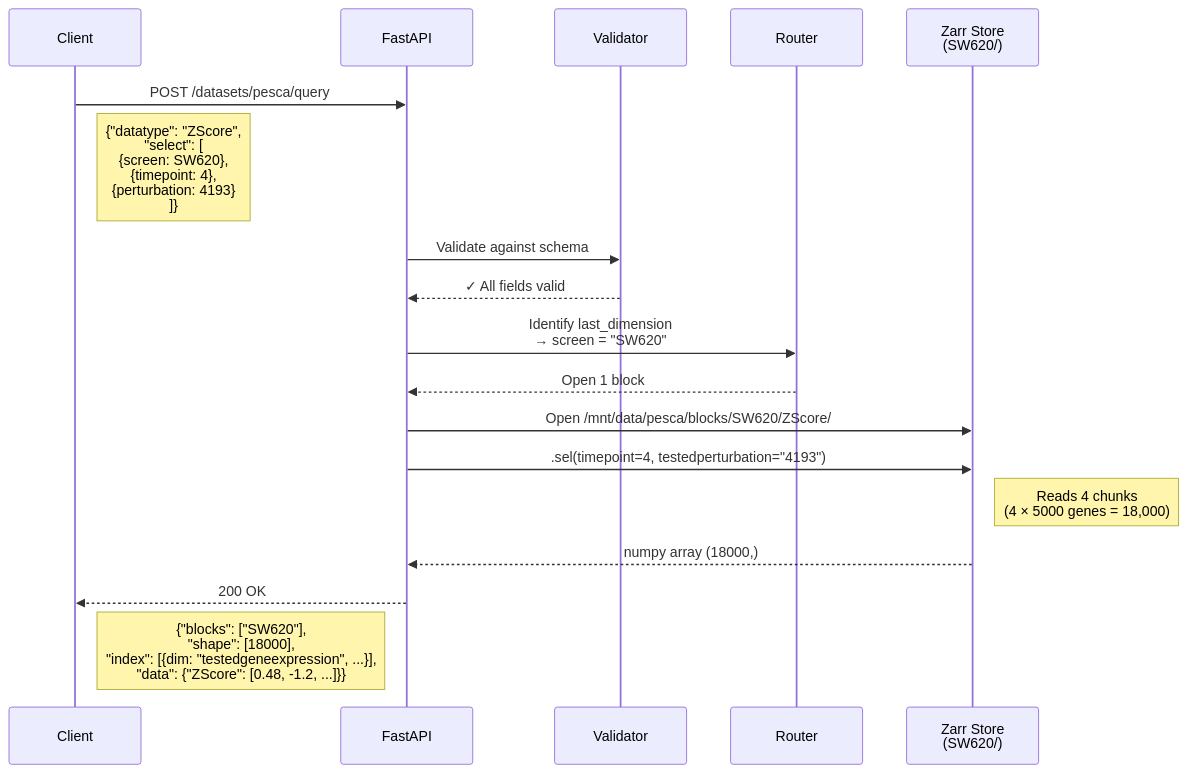
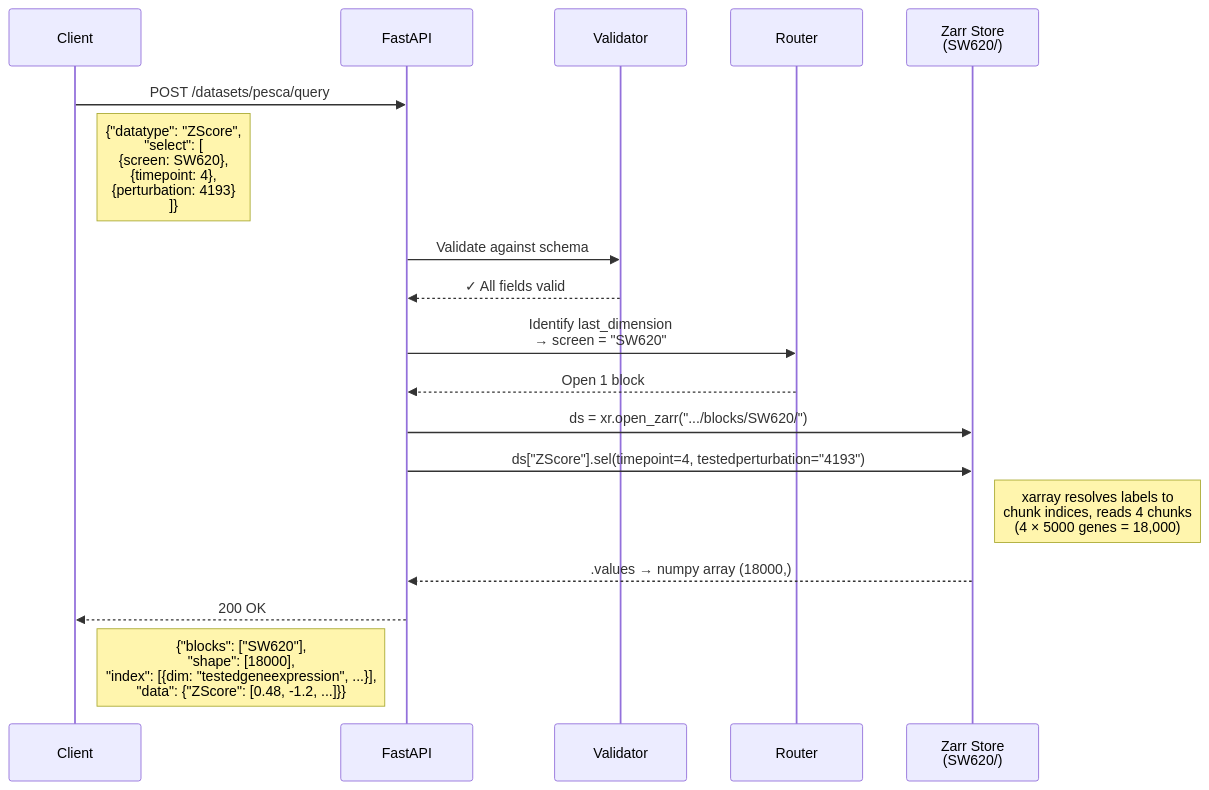
One commit to broadinstitute/cheesemonger changed the second of 4 diagrams in docs/architecture_diagram.md. Above: the diagram before and after it, drawn with Mermaid. The commit also changed other lines of this file and 33 other files, not shown here.

````diff
--- a/docs/architecture_diagram.md
+++ b/docs/architecture_diagram.md
@@ -96,25 +99,25 @@
 ```mermaid
 sequenceDiagram
     participant C as Client
     participant A as FastAPI
     participant V as Validator
     participant R as Router
     participant Z as Zarr Store<br/>(SW620/)
 
     C->>A: POST /datasets/pesca/query
     Note right of C: {"datatype": "ZScore",<br/>"select": [<br/>  {screen: SW620},<br/>  {timepoint: 4},<br/>  {perturbation: 4193}<br/>]}
 
     A->>V: Validate against schema
     V-->>A: ✓ All fields valid
 
     A->>R: Identify last_dimension<br/>→ screen = "SW620"
     R-->>A: Open 1 block
 
-    A->>Z: Open /mnt/data/pesca/blocks/SW620/ZScore/
-    A->>Z: .sel(timepoint=4, testedperturbation="4193")
-    Note right of Z: Reads 4 chunks<br/>(4 × 5000 genes = 18,000)
-    Z-->>A: numpy array (18000,)
+    A->>Z: ds = xr.open_zarr(".../blocks/SW620/")
+    A->>Z: ds["ZScore"].sel(timepoint=4, testedperturbation="4193")
+    Note right of Z: xarray resolves labels to<br/>chunk indices, reads 4 chunks<br/>(4 × 5000 genes = 18,000)
+    Z-->>A: .values → numpy array (18000,)
 
     A-->>C: 200 OK
     Note left of A: {"blocks": ["SW620"],<br/>"shape": [18000],<br/>"index": [{dim: "testedgeneexpression", ...}],<br/>"data": {"ZScore": [0.48, -1.2, ...]}}
 ```
````
